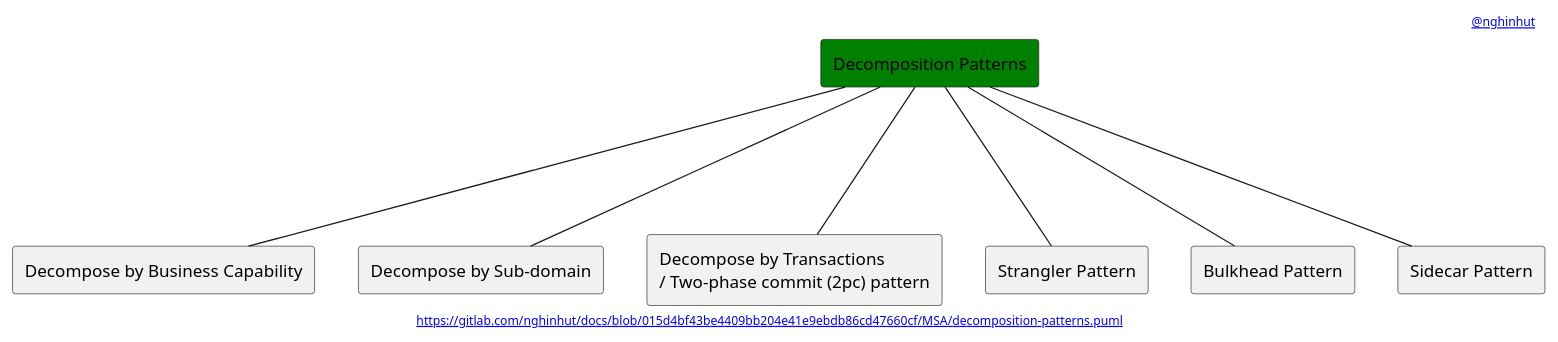
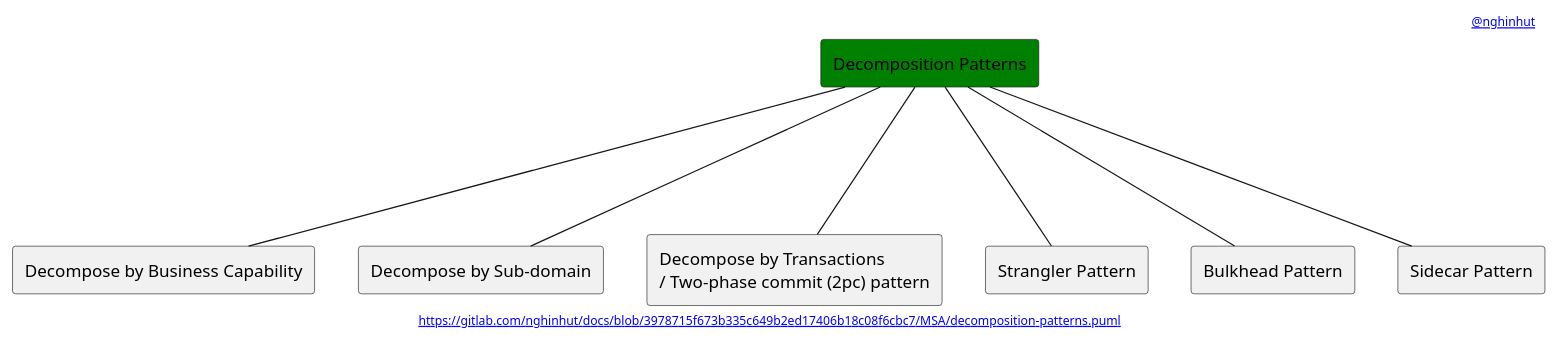
Before and after one commit to nghinhut/docs: the diagram in MSA/decomposition-patterns.puml, drawn with PlantUML. The commit also changed 22 other files, not shown here.

Commit message:
Update diagrams

```diff
--- a/MSA/decomposition-patterns.puml
+++ b/MSA/decomposition-patterns.puml
@@ -1,22 +1,22 @@
 @startuml
 '-----START auto generated metadata please keep comment here to allow auto update-----
 '-----DON'T EDIT THIS SECTION, INSTEAD RE-RUN prebuild.sh TO UPDATE-----
-header [[https://www.nghinhut.dev?from=http%5C%3A%5C%2F%5C%2Fwww%5C.plantuml%5C.com%5C%2Fplantuml%5C%2Fproxy%3Ffmt%3Dsvg%5C%26src%3Dhttps%5C%3A%5C%2F%5C%2Fgitlab%5C.com%5C%2Fnghinhut%5C%2Fdocs%5C%2Fraw%5C%2F015d4bf43be4409bb204e41e9ebdb86cd47660cf%5C%2FMSA%5C%2Fdecomposition-patterns%5C.puml%0A @nghinhut]]
-footer [[http://www.plantuml.com/plantuml/proxy?fmt=svg&src=https://gitlab.com/nghinhut/docs/raw/015d4bf43be4409bb204e41e9ebdb86cd47660cf/MSA/decomposition-patterns.puml https://gitlab.com/nghinhut/docs/blob/015d4bf43be4409bb204e41e9ebdb86cd47660cf/MSA/decomposition-patterns.puml]]
+header [[https://www.nghinhut.dev?from=http%5C%3A%5C%2F%5C%2Fwww%5C.plantuml%5C.com%5C%2Fplantuml%5C%2Fproxy%3Ffmt%3Dsvg%5C%26src%3Dhttps%5C%3A%5C%2F%5C%2Fgitlab%5C.com%5C%2Fnghinhut%5C%2Fdocs%5C%2Fraw%5C%2F3978715f673b335c649b2ed17406b18c08f6cbc7%5C%2FMSA%5C%2Fdecomposition-patterns%5C.puml%0A @nghinhut]]
+footer [[http://www.plantuml.com/plantuml/proxy?fmt=svg&src=https://gitlab.com/nghinhut/docs/raw/3978715f673b335c649b2ed17406b18c08f6cbc7/MSA/decomposition-patterns.puml https://gitlab.com/nghinhut/docs/blob/3978715f673b335c649b2ed17406b18c08f6cbc7/MSA/decomposition-patterns.puml]]
 '-----END auto generated metadata please keep comment here to allow auto update-----
 
 rectangle "Decomposition Patterns" as Decomposition #green
 
 rectangle "Decompose by Business Capability" as DecompositionP1
 rectangle "Decompose by Sub-domain" as DecompositionP2
 rectangle "Decompose by Transactions\n/ Two-phase commit (2pc) pattern" as DecompositionP3
 rectangle "Strangler Pattern" as DecompositionP4
 rectangle "Bulkhead Pattern" as DecompositionP5
 rectangle "Sidecar Pattern" as DecompositionP6
 Decomposition --- DecompositionP1
 Decomposition --- DecompositionP2
 Decomposition --- DecompositionP3
 Decomposition --- DecompositionP4
 Decomposition --- DecompositionP5
 Decomposition --- DecompositionP6
 @enduml
```
